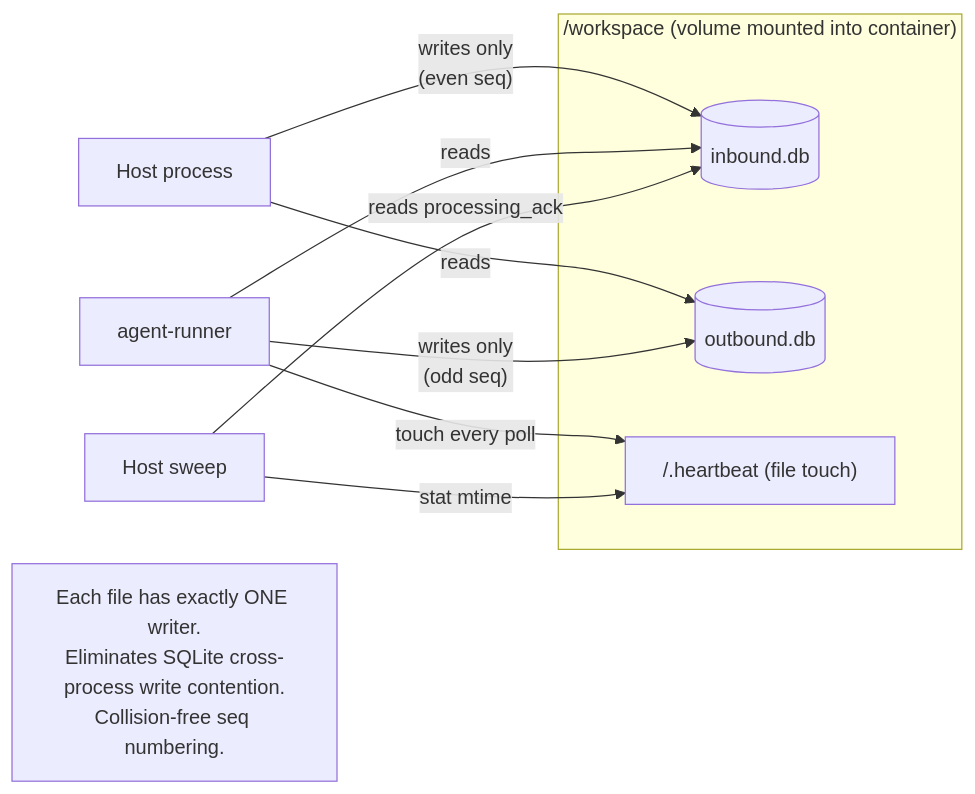
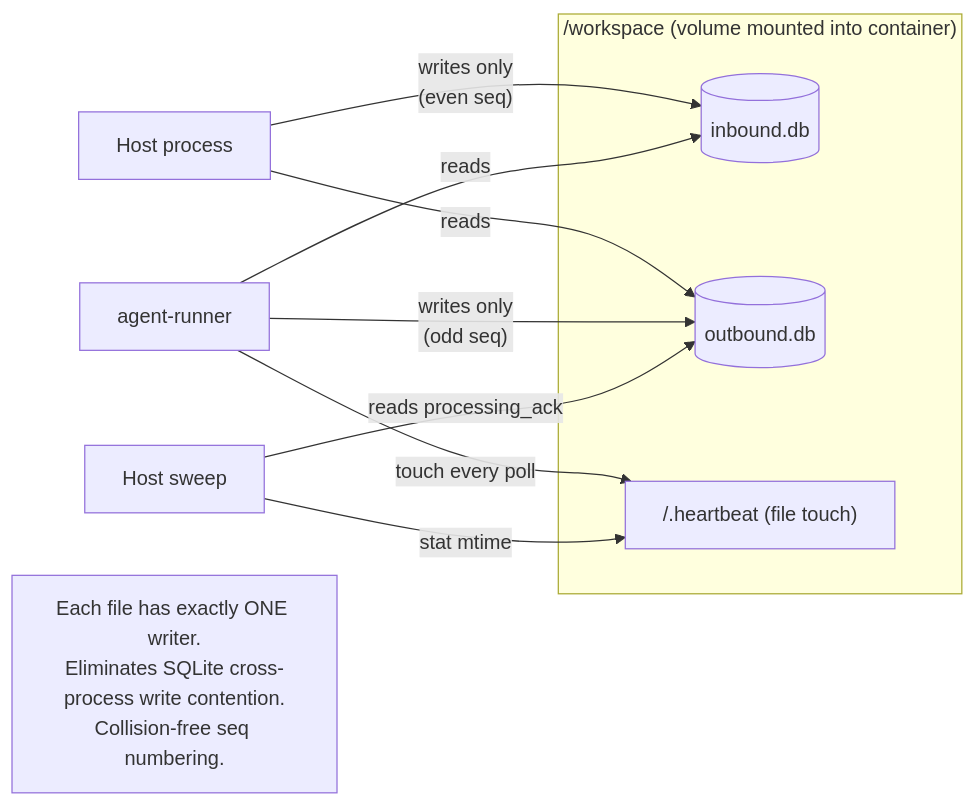
One commit to anupsinghinfra/oncellclaw changed the fifth of 5 diagrams in docs/architecture-diagram.md. Above: the diagram before and after it, drawn with Mermaid. The commit also changed other lines of this file and 5 other files, not shown here.

Commit message:
docs: sync DB schema + entity docs with migrations 010-018

````diff
--- a/docs/architecture-diagram.md
+++ b/docs/architecture-diagram.md
@@ -198,18 +198,18 @@
 ```mermaid
 flowchart LR
   subgraph Mount["/workspace (volume mounted into container)"]
     In[("inbound.db")]
     Out[("outbound.db")]
     HB["/.heartbeat (file touch)"]
   end
 
   Host[Host process] -->|"writes only<br/>(even seq)"| In
   Host -->|reads| Out
   Container[agent-runner] -->|reads| In
   Container -->|"writes only<br/>(odd seq)"| Out
   Container -->|touch every poll| HB
   HostSweep[Host sweep] -->|stat mtime| HB
-  HostSweep -->|reads processing_ack| In
+  HostSweep -->|reads processing_ack| Out
 
   note1["Each file has exactly ONE writer.<br/>Eliminates SQLite cross-process write contention.<br/>Collision-free seq numbering."]
 ```
````
